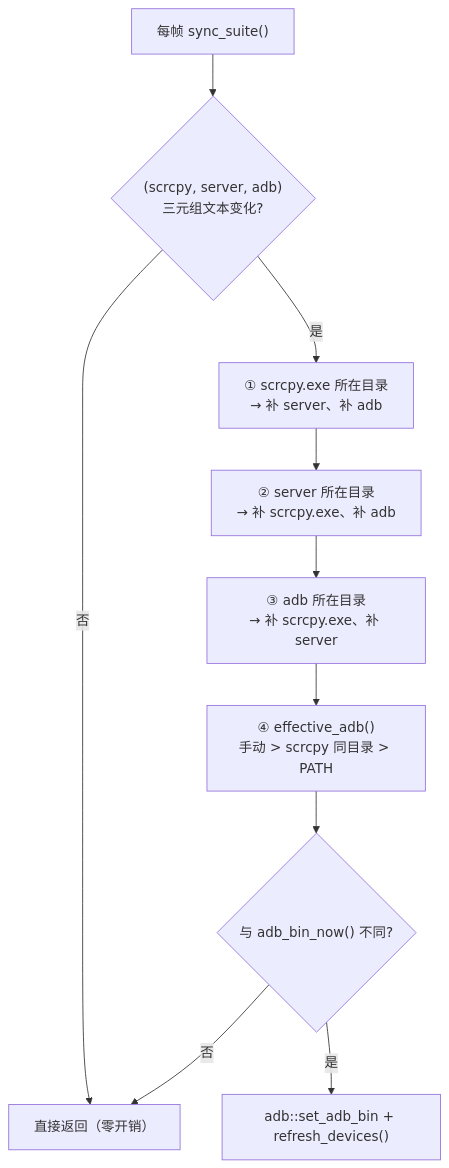
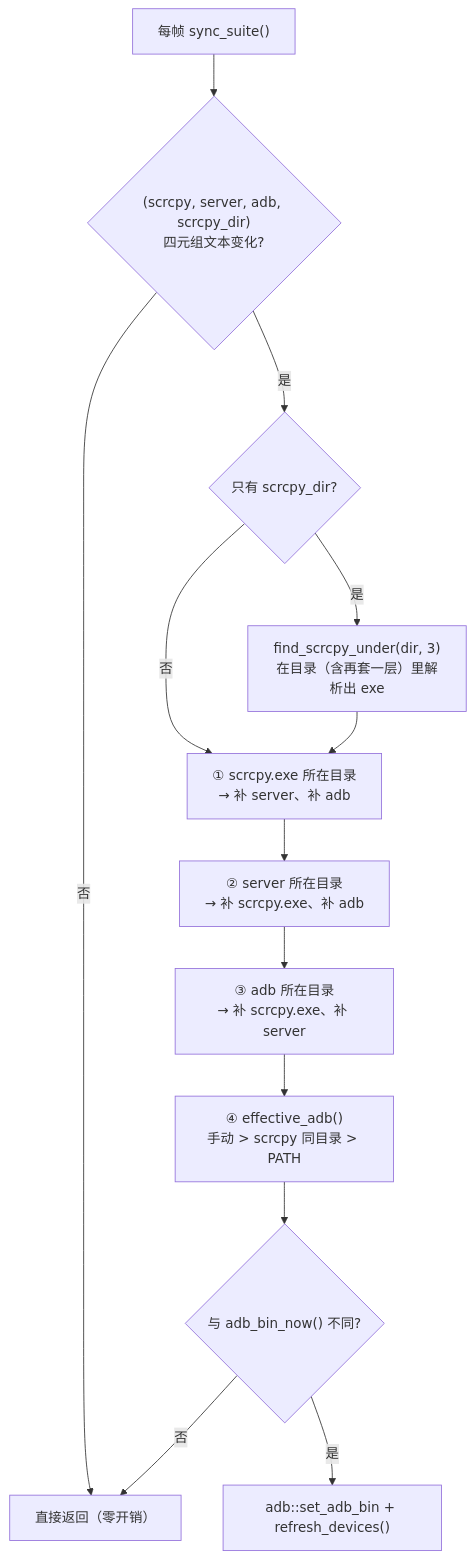
The tenth of 10 diagrams in 文档/功能组分说明.md (Azrl-lyh/scrcpy-pad), drawn with Mermaid before and after one commit. The commit also changed other lines of this file and 15 other files, not shown here.

````diff
--- a/文档/功能组分说明.md
+++ b/文档/功能组分说明.md
@@ -619,12 +715,15 @@
 ```mermaid
 flowchart TD
-    A["每帧 sync_suite()"] --> B{"(scrcpy, server, adb)<br/>三元组文本变化?"}
+    A["每帧 sync_suite()"] --> B{"(scrcpy, server, adb, scrcpy_dir)<br/>四元组文本变化?"}
     B -->|"否"| Z["直接返回（零开销）"]
-    B -->|"是"| C["① scrcpy.exe 所在目录<br/>→ 补 server、补 adb"]
+    B -->|"是"| C0{"只有 scrcpy_dir?"}
+    C0 -->|"是"| C1["find_scrcpy_under(dir, 3)<br/>在目录（含再套一层）里解析出 exe"]
+    C0 -->|"否"| C
+    C1 --> C["① scrcpy.exe 所在目录<br/>→ 补 server、补 adb"]
     C --> D["② server 所在目录<br/>→ 补 scrcpy.exe、补 adb"]
     D --> E["③ adb 所在目录<br/>→ 补 scrcpy.exe、补 server"]
     E --> F["④ effective_adb()<br/>手动 > scrcpy 同目录 > PATH"]
     F --> G{"与 adb_bin_now() 不同?"}
     G -->|"是"| H["adb::set_adb_bin + refresh_devices()"]
     G -->|"否"| Z
 ```
````
